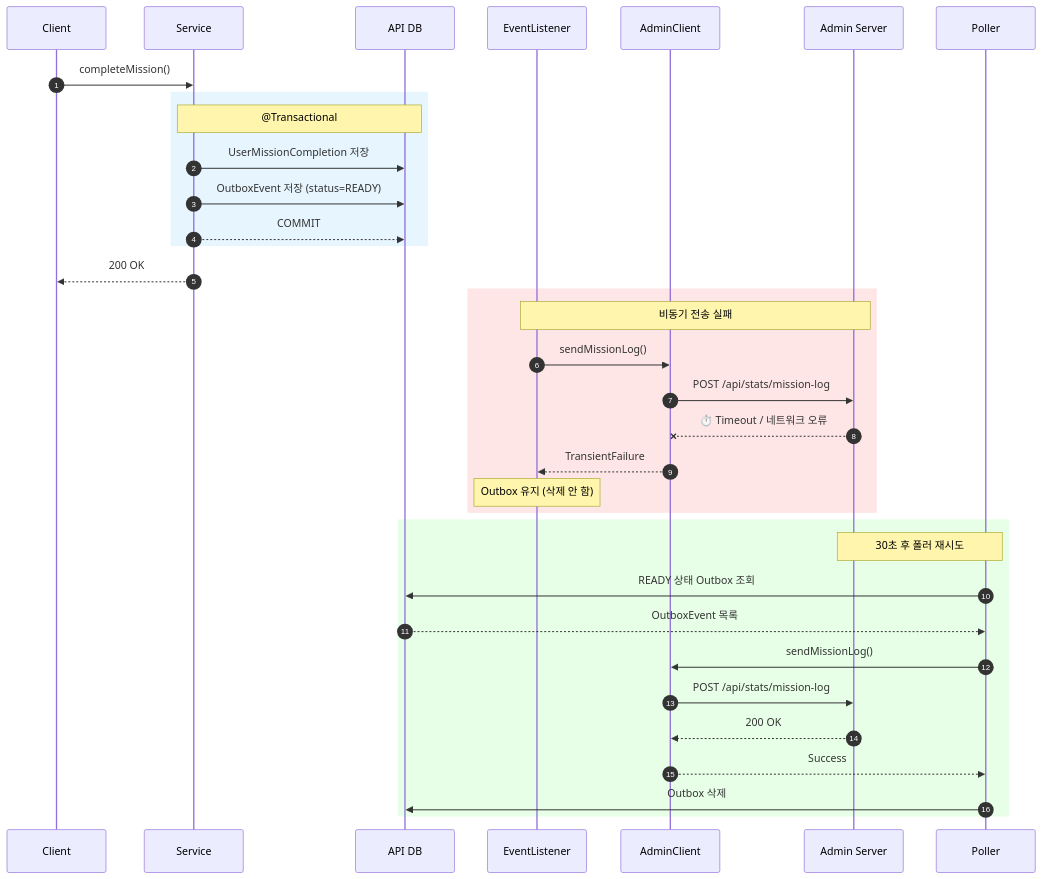
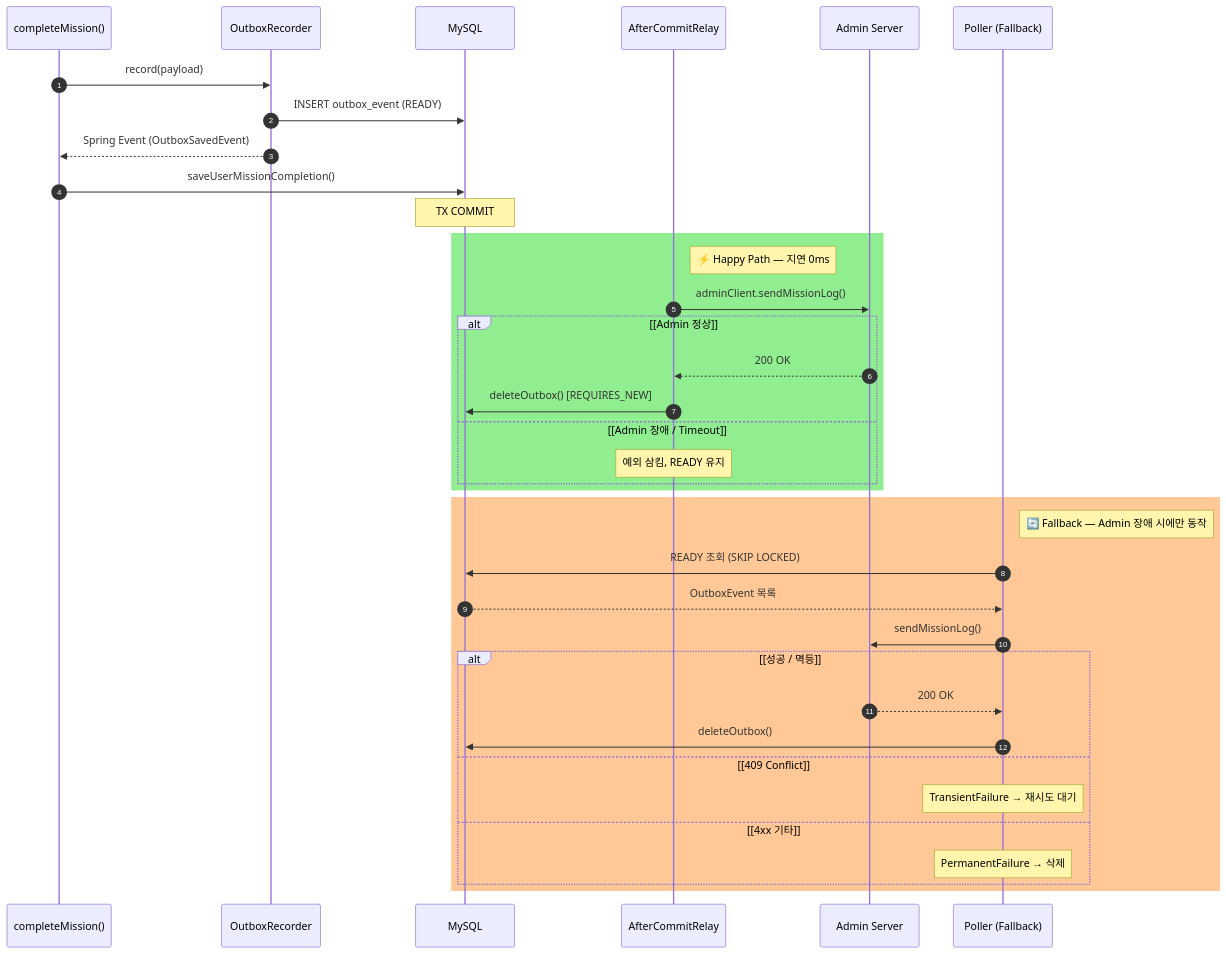
Before and after one commit to depromeet/18th-team5-server: the first of 6 diagrams in docs/heeun/outbox-pattern-flow.md, drawn with Mermaid. The commit also changed other lines of this file and 3 other files, not shown here.

Commit message:
docs: Outbox 플로우 다이어그램 스타일 개선 - 흐름도.png 스타일 참고 - Happy Path / Fallback 영역 색상 구분 - alt 블록으로 조건 분기 표현

````diff
--- a/docs/heeun/outbox-pattern-flow.md
+++ b/docs/heeun/outbox-pattern-flow.md
@@ -51,42 +12,47 @@
 ```mermaid
 sequenceDiagram
     autonumber
-    participant Client
-    participant Service
-    participant DB as API DB
-    participant EventListener
-    participant AdminClient
+    participant Service as completeMission()
+    participant Outbox as OutboxRecorder
+    participant MySQL
+    participant Relay as AfterCommitRelay
     participant Admin as Admin Server
-    participant Poller
+    participant Poller as Poller (Fallback)
 
-    Client->>Service: completeMission()
+    Service->>Outbox: record(payload)
+    Outbox->>MySQL: INSERT outbox_event (READY)
+    Outbox-->>Service: Spring Event (OutboxSavedEvent)
+    Service->>MySQL: saveUserMissionCompletion()
 
-    rect rgb(230, 245, 255)
-        Note over Service,DB: @Transactional
-        Service->>DB: UserMissionCompletion 저장
-        Service->>DB: OutboxEvent 저장 (status=READY)
-        Service-->>DB: COMMIT
+    Note over MySQL: TX COMMIT
+
+    rect rgb(144, 238, 144)
+        Note right of Relay: ⚡ Happy Path — 지연 0ms
+        Relay->>Admin: adminClient.sendMissionLog()
+
+        alt [Admin 정상]
+            Admin-->>Relay: 200 OK
+            Relay->>MySQL: deleteOutbox() [REQUIRES_NEW]
+        else [Admin 장애 / Timeout]
+            Note over Relay: 예외 삼킴, READY 유지
+        end
     end
 
-    Service-->>Client: 200 OK
+    rect rgb(255, 200, 150)
+        Note right of Poller: 🔄 Fallback — Admin 장애 시에만 동작
 
-    rect rgb(255, 230, 230)
-        Note over EventListener,Admin: 비동기 전송 실패
-        EventListener->>AdminClient: sendMissionLog()
-        AdminClient->>Admin: POST /api/stats/mission-log
-        Admin--xAdminClient: ⏱️ Timeout / 네트워크 오류
-        AdminClient-->>EventListener: TransientFailure
-        Note over EventListener: Outbox 유지 (삭제 안 함)
-    end
+        Poller->>MySQL: READY 조회 (SKIP LOCKED)
+        MySQL-->>Poller: OutboxEvent 목록
 
-    rect rgb(230, 255, 230)
-        Note over Poller,Admin: 30초 후 폴러 재시도
-        Poller->>DB: READY 상태 Outbox 조회
-        DB-->>Poller: OutboxEvent 목록
-        Poller->>AdminClient: sendMissionLog()
-        AdminClient->>Admin: POST /api/stats/mission-log
-        Admin-->>AdminClient: 200 OK
-        AdminClient-->>Poller: Success
-        Poller->>DB: Outbox 삭제
+        Poller->>Admin: sendMissionLog()
+
+        alt [성공 / 멱등]
+            Admin-->>Poller: 200 OK
+            Poller->>MySQL: deleteOutbox()
+        else [409 Conflict]
+            Note over Poller: TransientFailure → 재시도 대기
+        else [4xx 기타]
+            Note over Poller: PermanentFailure → 삭제
+        end
     end
 ```
````
